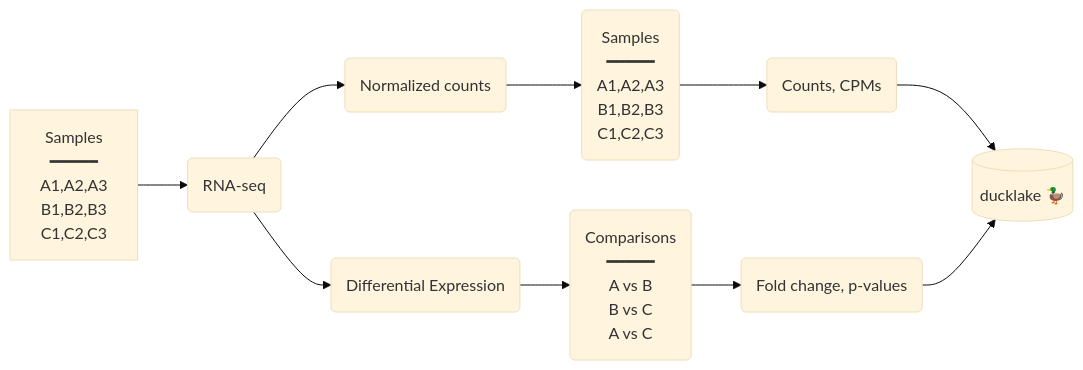
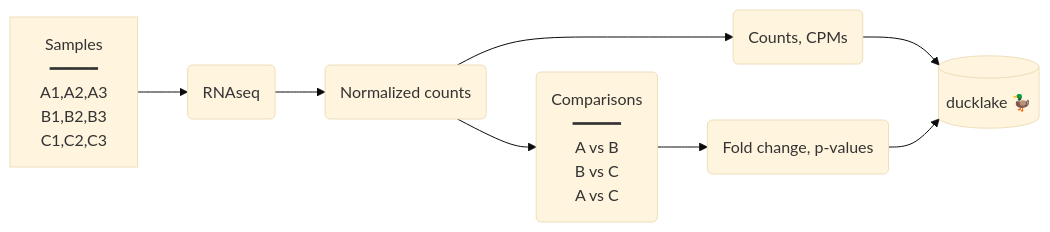
The diagram in posts/_ducklake/index.qmd (tomsing1/blog), drawn with Mermaid (base theme) before and after one commit. The commit also changed other lines of this file, not shown here.

````diff
--- a/posts/_ducklake/index.qmd
+++ b/posts/_ducklake/index.qmd
@@ -53,13 +104,11 @@
 ```{mermaid}
 %%| echo: false
 flowchart LR
-  Samples["Samples<br/>━━━━━<br/>A1,A2,A3<br>B1,B2,B3<br>C1,C2,C3"] --> RNAseq(RNA-seq)
-  RNAseq --> Counts(Normalized counts)
-  Counts --> NormCounts("Samples<br/>━━━━━<br/>A1,A2,A3<br>B1,B2,B3<br>C1,C2,C3")
+  Samples["Samples<br/>━━━━━<br/>A1,A2,A3<br>B1,B2,B3<br>C1,C2,C3"] --> Counts(RNAseq)
+  Counts --> NormCounts("Normalized counts")
   NormCounts --> Results(Counts, CPMs)
-  RNAseq --> Differential(Differential Expression)
-  Differential --> Comparisons("Comparisons<br/>━━━━━<br/>A vs B<br>B vs C<br>A vs C")
+  NormCounts --> Comparisons("Comparisons<br/>━━━━━<br/>A vs B<br>B vs C<br>A vs C")
   Comparisons --> Stats(Fold change, p-values)
   Results --> ducklake[(ducklake 🦆)]
   Stats --> ducklake
 ```
````
